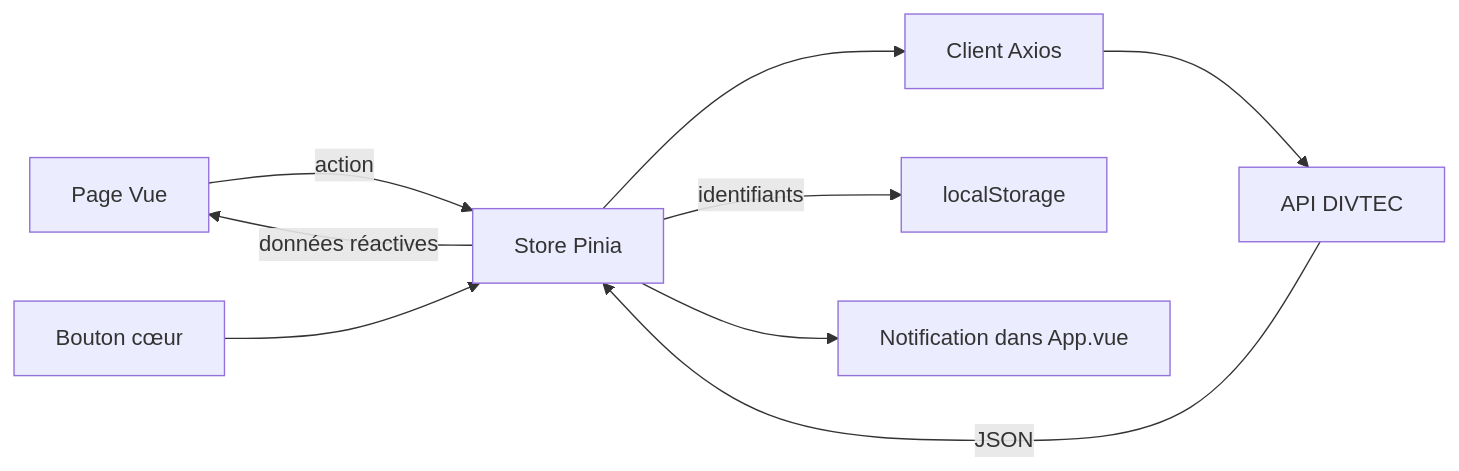
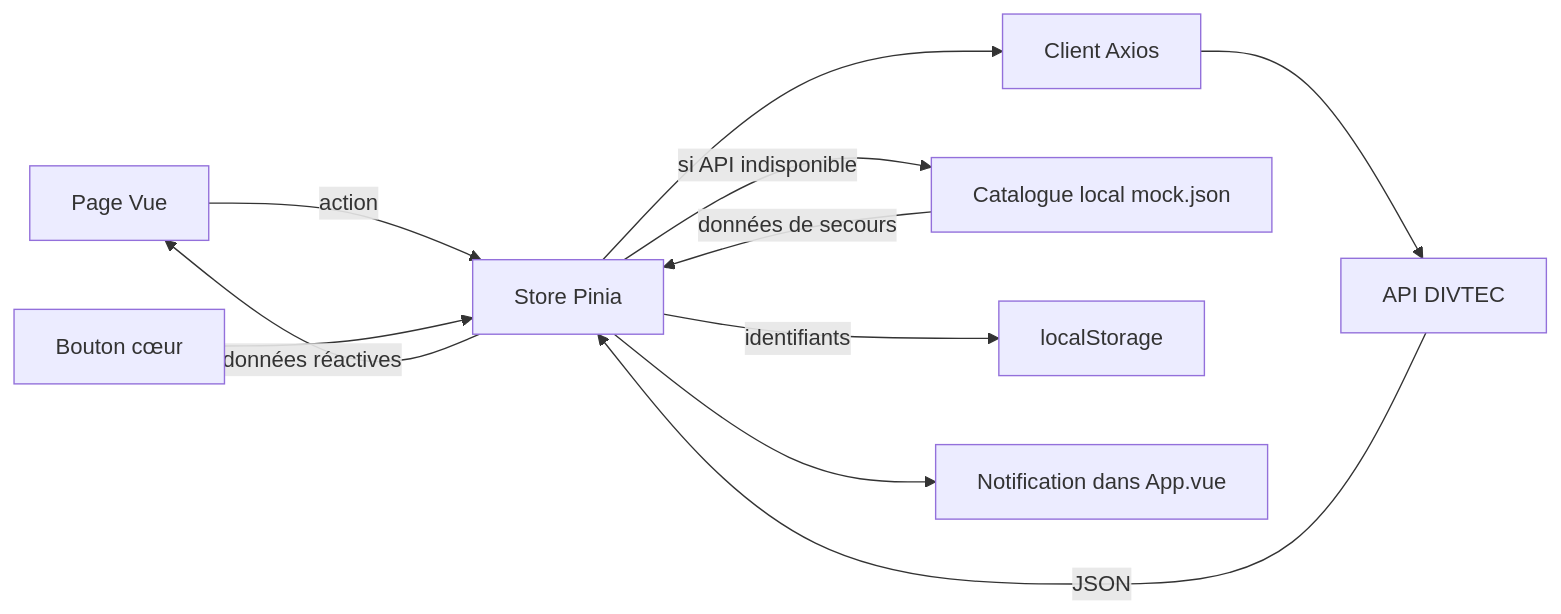
The diagram in README.md (colinvogt/294-projet-deezer-vogtcol), drawn with Mermaid before and after one commit. The commit also changed other lines of this file and 1 other file, not shown here.

Commit message:
docs: expliquer le catalogue de secours et ses tests

````diff
--- a/README.md
+++ b/README.md
@@ -162,11 +180,13 @@
 ```mermaid
 flowchart LR
     Page[Page Vue] -->|action| Store[Store Pinia]
     Store --> Axios[Client Axios]
     Axios --> API[API DIVTEC]
     API -->|JSON| Store
+    Store -->|si API indisponible| Mock[Catalogue local mock.json]
+    Mock -->|données de secours| Store
     Store -->|données réactives| Page
     Coeur[Bouton cœur] --> Store
     Store -->|identifiants| Local[localStorage]
     Store --> Message[Notification dans App.vue]
 ```
````
